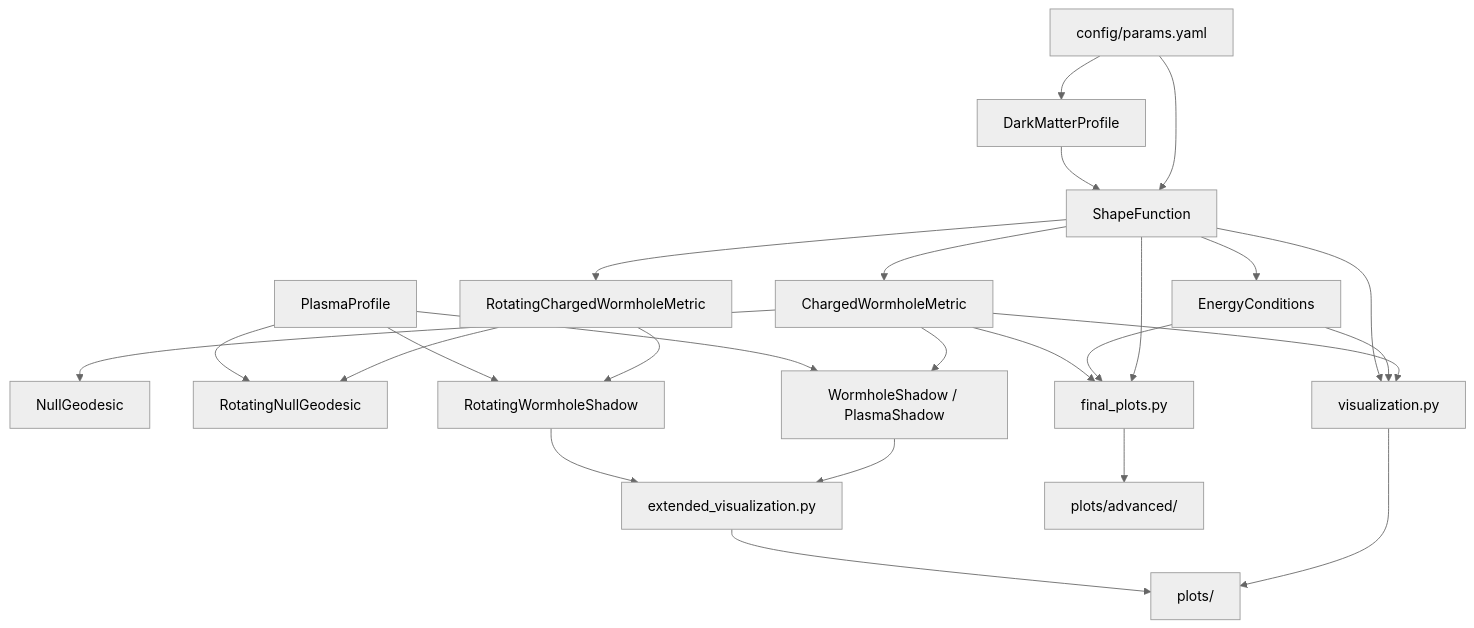
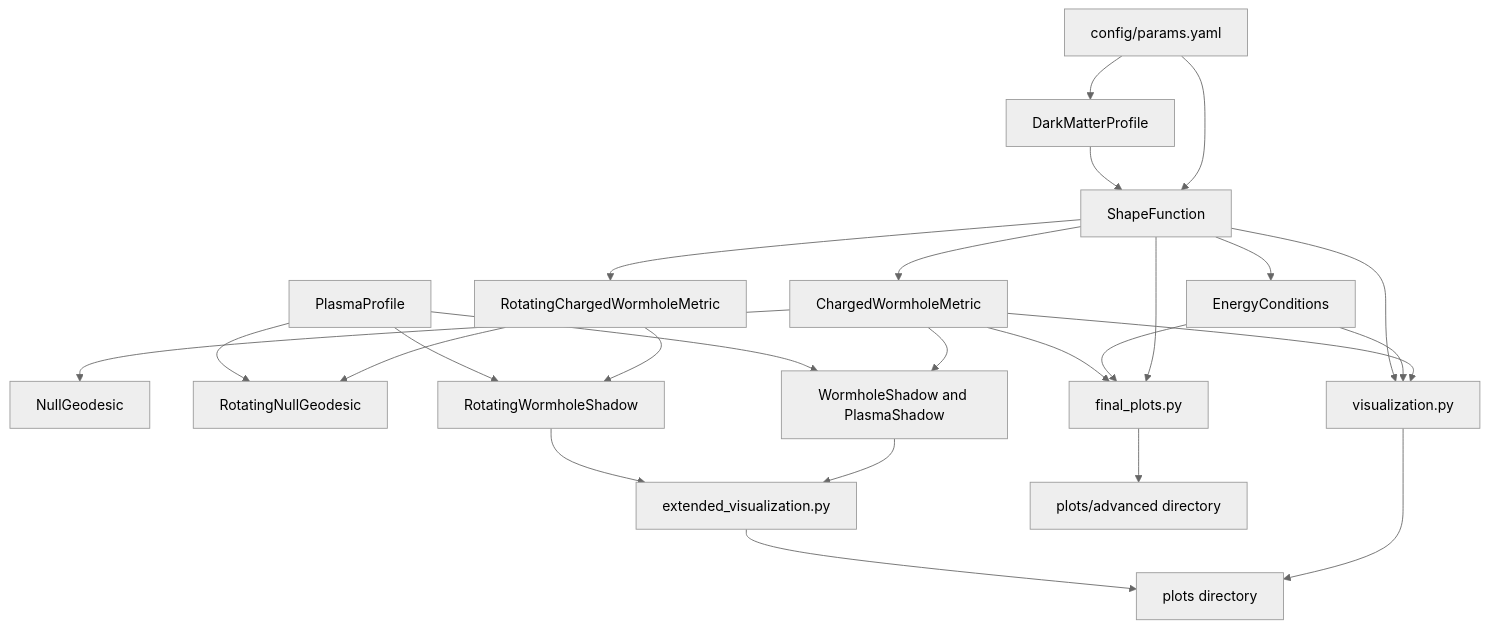
The diagram in README.md (Soyebsoyeb/charged-galactic-wormhole-shadow-analysis), drawn with Mermaid (neutral theme) before and after one commit. The commit also changed other lines of this file, not shown here.

````diff
--- a/README.md
+++ b/README.md
@@ -200,27 +261,27 @@
 ```mermaid
 flowchart TD
     CFG[config/params.yaml] --> DM[DarkMatterProfile]
     CFG --> SF[ShapeFunction]
     DM --> SF
     SF --> MET[ChargedWormholeMetric]
     SF --> METROT[RotatingChargedWormholeMetric]
     SF --> EC[EnergyConditions]
     MET --> GEO[NullGeodesic]
     METROT --> GEOROT[RotatingNullGeodesic]
     PL[PlasmaProfile] --> GEOROT
-    MET --> SHW[WormholeShadow / PlasmaShadow]
+    MET --> SHW[WormholeShadow and PlasmaShadow]
     PL --> SHW
     METROT --> SHWROT[RotatingWormholeShadow]
     PL --> SHWROT
     MET --> VIS[visualization.py]
     EC --> VIS
     SF --> VIS
     SHW --> EXTVIS[extended_visualization.py]
     SHWROT --> EXTVIS
-    VIS --> PLOTS[plots/]
+    VIS --> PLOTS[plots directory]
     EXTVIS --> PLOTS
     SF --> ADV[final_plots.py]
     EC --> ADV
     MET --> ADV
-    ADV --> PLOTSADV[plots/advanced/]
+    ADV --> PLOTSADV[plots/advanced directory]
 ```
````
